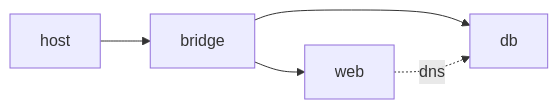
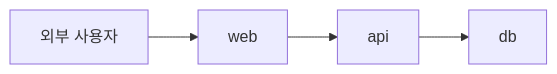
One commit to yeongseon-books/book-content changed the diagram in docs/ko/containers-101/06-network.md. Above: the diagram before and after it, drawn with Mermaid. The commit also changed other lines of this file and 4143 other files, not shown here.

````diff
--- a/docs/ko/containers-101/06-network.md
+++ b/docs/ko/containers-101/06-network.md
@@ -33,7 +416,6 @@
 ```mermaid
 flowchart LR
-    Host["host"] --> Bridge["bridge"]
-    Bridge --> C1["web"]
-    Bridge --> C2["db"]
-    C1 -. dns .-> C2
+    U["외부 사용자"] --> W["web"]
+    W --> A["api"]
+    A --> D["db"]
 ```
````
